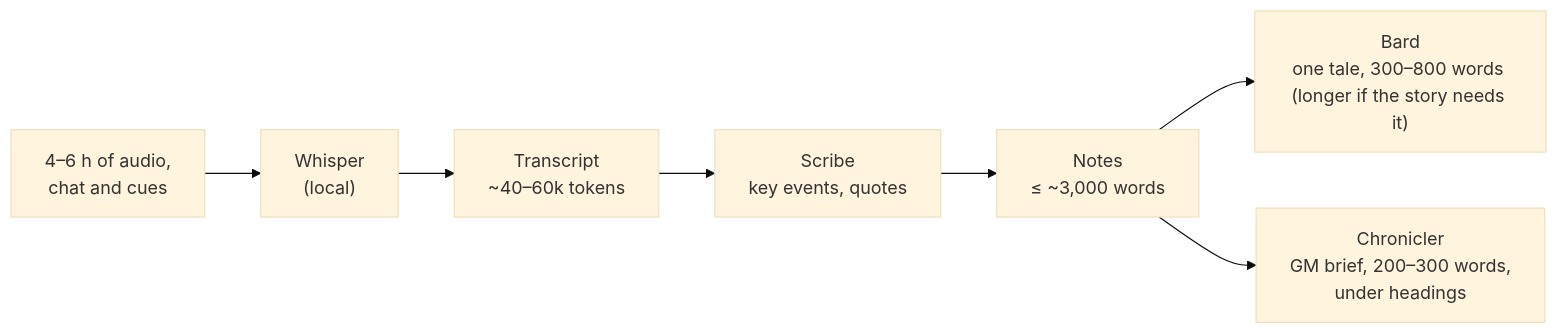
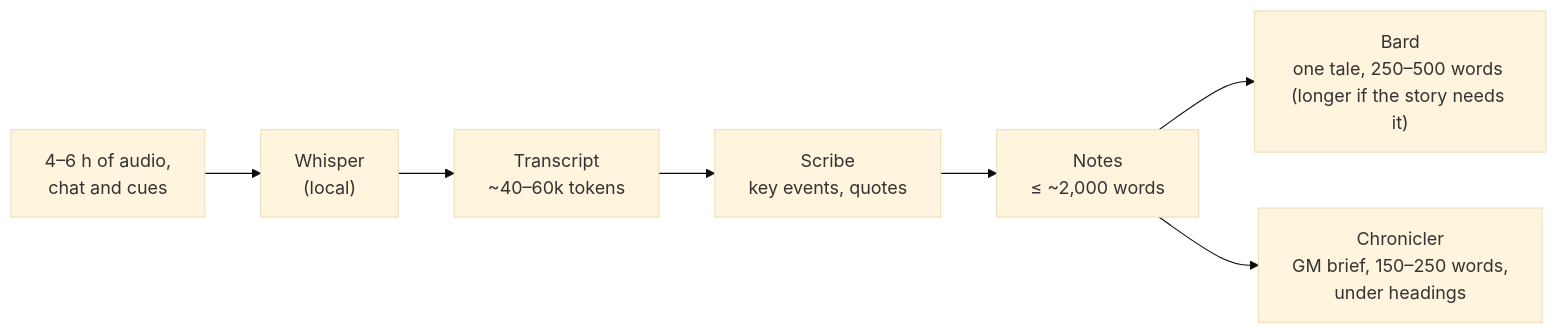
Before and after one commit to AndyProsser/vtt-chat-app: the fourth of 4 diagrams in docs/architecture/RECORDING-AND-SUMMARIES.md, drawn with Mermaid (base theme). The commit also changed other lines of this file and 9 other files, not shown here.

First line of the commit message:
fix: shorten the tale, DM brief and scribe's notes; cap notes per session, not per chapter

````diff
--- a/docs/architecture/RECORDING-AND-SUMMARIES.md
+++ b/docs/architecture/RECORDING-AND-SUMMARIES.md
@@ -708,9 +713,9 @@
 ```mermaid
 flowchart LR
     A["4–6 h of audio,<br/>chat and cues"] --> W["Whisper<br/>(local)"]
     W --> T["Transcript<br/>~40–60k tokens"]
     T --> S["Scribe<br/>key events, quotes"]
-    S --> N["Notes<br/>≤ ~3,000 words"]
-    N --> B["Bard<br/>one tale, 300–800 words (longer if the story needs it)"]
-    N --> C["Chronicler<br/>GM brief, 200–300 words,<br/>under headings"]
+    S --> N["Notes<br/>≤ ~2,000 words"]
+    N --> B["Bard<br/>one tale, 250–500 words (longer if the story needs it)"]
+    N --> C["Chronicler<br/>GM brief, 150–250 words,<br/>under headings"]
 ```
````
